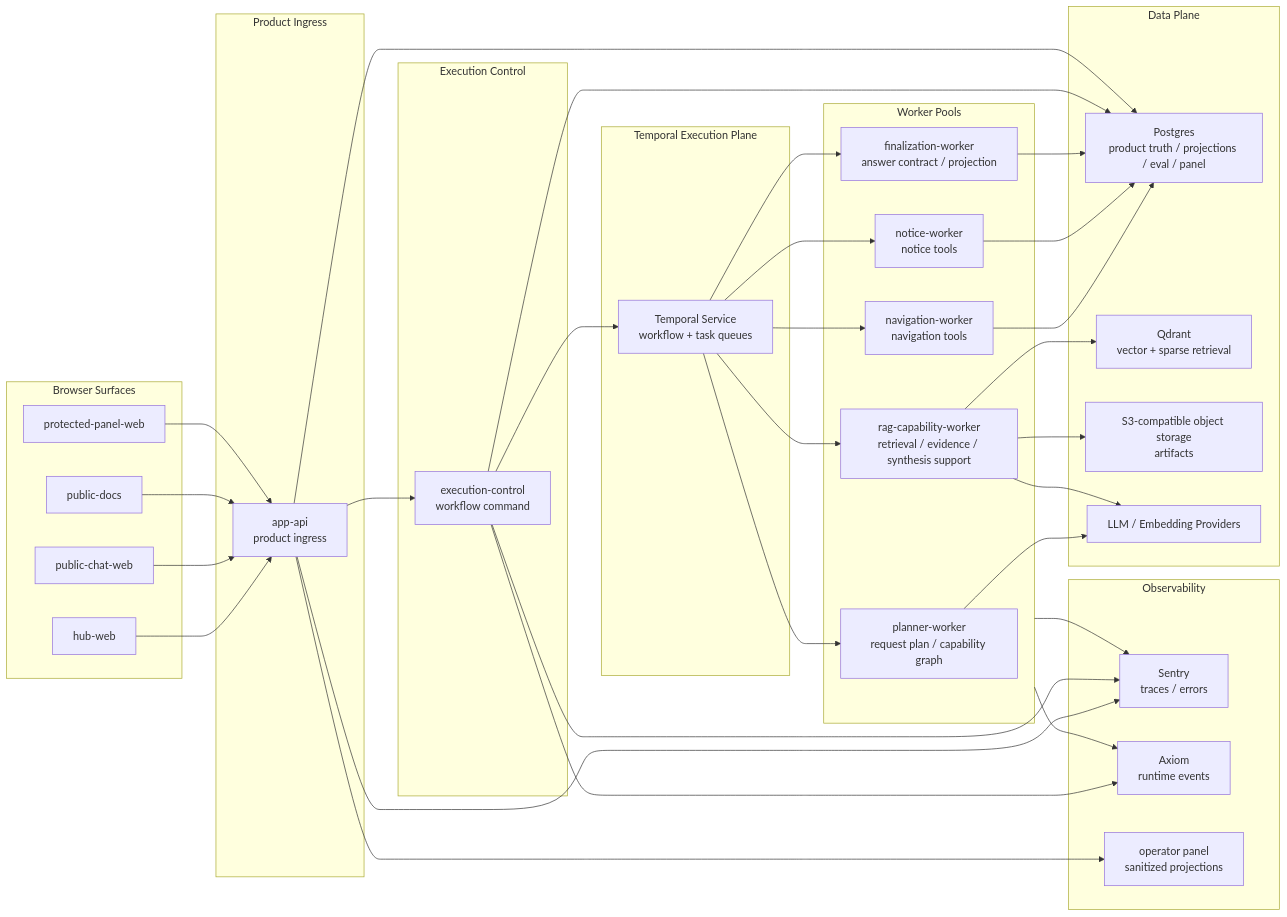
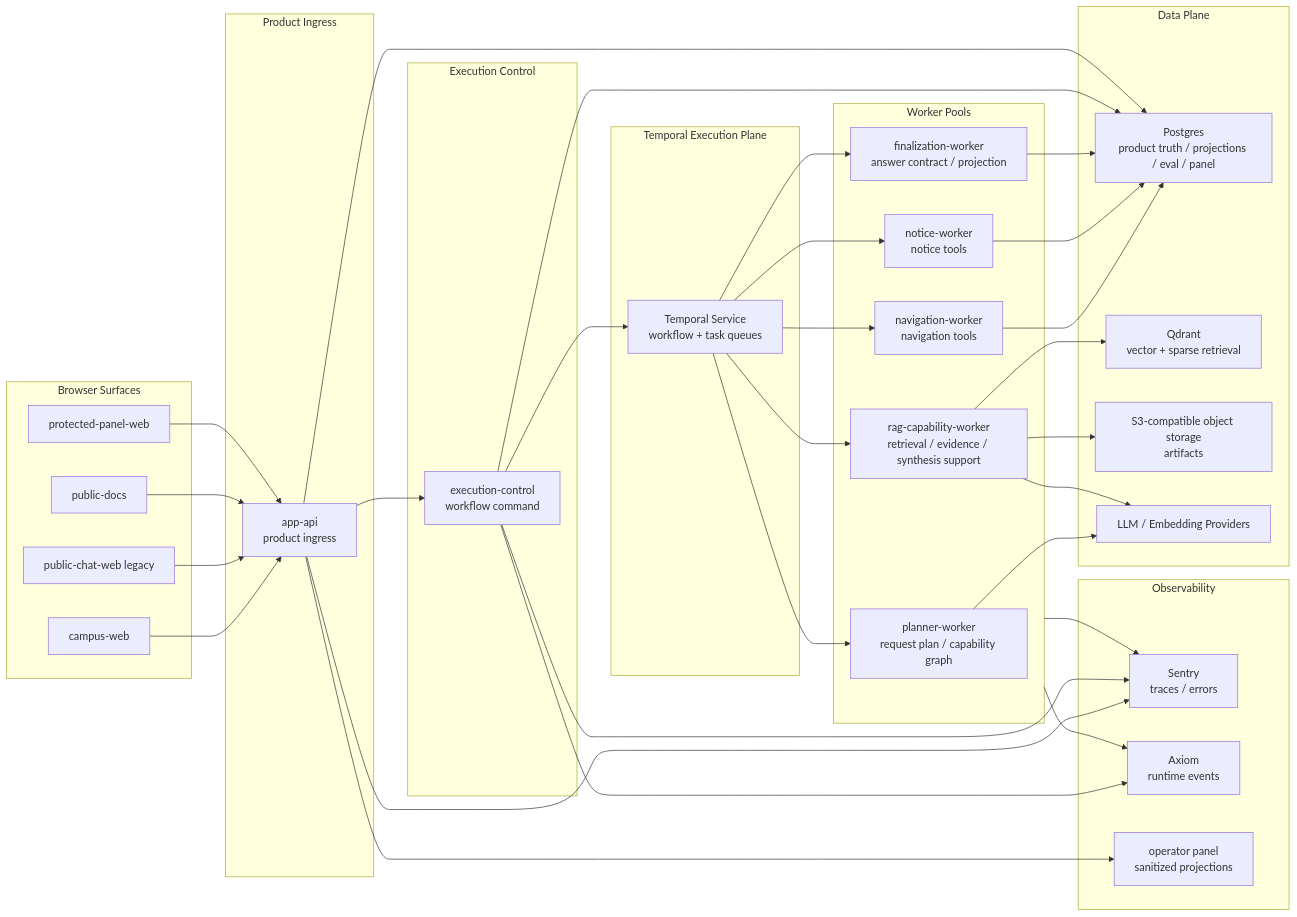
Before and after one commit to Luxfeier22331/campus-agent-main: the diagram in docs/architecture/target-architecture.md, drawn with Mermaid. The commit also changed 132 other files, not shown here.

````diff
--- a/docs/architecture/target-architecture.md
+++ b/docs/architecture/target-architecture.md
@@ -64,74 +64,74 @@
 ```mermaid
 flowchart LR
   subgraph Client["Browser Surfaces"]
-    Hub["hub-web"]
-    Chat["public-chat-web"]
+    Campus["campus-web"]
+    Chat["public-chat-web legacy"]
     Docs["public-docs"]
     Panel["protected-panel-web"]
   end
 
   subgraph ProductIngress["Product Ingress"]
     AppAPI["app-api\nproduct ingress"]
   end
 
   subgraph ExecutionIngress["Execution Control"]
     Gateway["execution-control\nworkflow command"]
   end
 
   subgraph TemporalPlane["Temporal Execution Plane"]
     Temporal["Temporal Service\nworkflow + task queues"]
   end
 
   subgraph Workers["Worker Pools"]
     Planner["planner-worker\nrequest plan / capability graph"]
     RAG["rag-capability-worker\nretrieval / evidence / synthesis support"]
     Nav["navigation-worker\nnavigation tools"]
     Notice["notice-worker\nnotice tools"]
     Finalizer["finalization-worker\nanswer contract / projection"]
   end
 
   subgraph DataPlane["Data Plane"]
     PG["Postgres\nproduct truth / projections / eval / panel"]
     Qdrant["Qdrant\nvector + sparse retrieval"]
     ObjectStore["S3-compatible object storage\nartifacts"]
     Provider["LLM / Embedding Providers"]
   end
 
   subgraph Observability["Observability"]
     Sentry["Sentry\ntraces / errors"]
     Axiom["Axiom\nruntime events"]
     PanelOps["operator panel\nsanitized projections"]
   end
 
-  Hub --> AppAPI
+  Campus --> AppAPI
   Chat --> AppAPI
   Docs --> AppAPI
   Panel --> AppAPI
 
   AppAPI --> Gateway
   Gateway --> Temporal
 
   Temporal --> Planner
   Temporal --> RAG
   Temporal --> Nav
   Temporal --> Notice
   Temporal --> Finalizer
 
   Planner --> Provider
   RAG --> Qdrant
   RAG --> ObjectStore
   RAG --> Provider
   Nav --> PG
   Notice --> PG
   Finalizer --> PG
 
   Gateway --> PG
   AppAPI --> PG
   AppAPI --> PanelOps
 
   AppAPI --> Sentry
   Gateway --> Sentry
   Workers --> Sentry
   Workers --> Axiom
   Gateway --> Axiom
 ```
````
